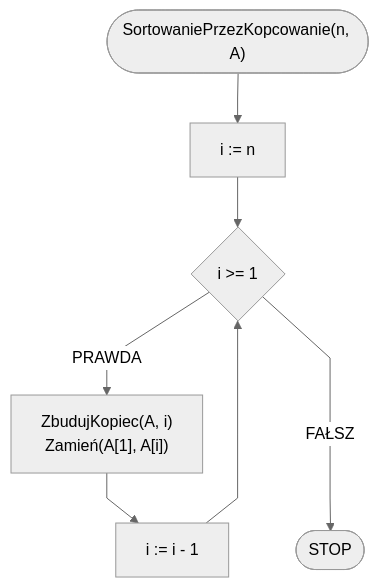
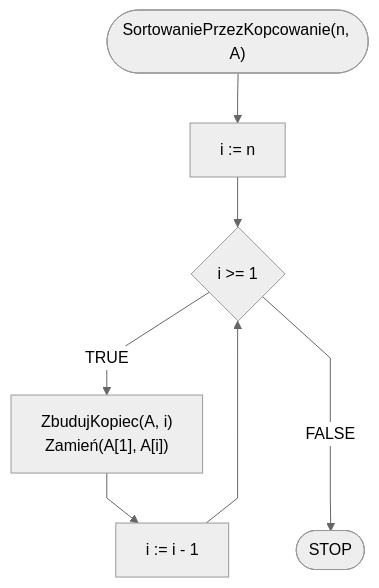
The second of 2 diagrams in docs/algorithms/sorting/heap-sort.md (blackbat13/edu-cs-htiew-en), drawn with Mermaid before and after one commit. The commit also changed other lines of this file and 682 other files, not shown here.

````diff
--- a/docs/algorithms/sorting/heap-sort.md
+++ b/docs/algorithms/sorting/heap-sort.md
@@ -73,11 +73,11 @@
 ```mermaid
 %%{init: {"flowchart": {"curve": "linear"}, "theme": "neutral"} }%%
 flowchart TD
     START(["SortowaniePrzezKopcowanie(n, A)"]) --> K0[i := n]
     K0 --> K1{i >= 1}
-    K1 -- PRAWDA --> K2["ZbudujKopiec(A, i)
+    K1 -- TRUE --> K2["ZbudujKopiec(A, i)
     Zamień(A[1], A[i])"]
     K2 --> K1i[i := i - 1]
     K1i --> K1
-    K1 -- FAŁSZ ---> STOP([STOP])
+    K1 -- FALSE ---> STOP([STOP])
 ```
````
